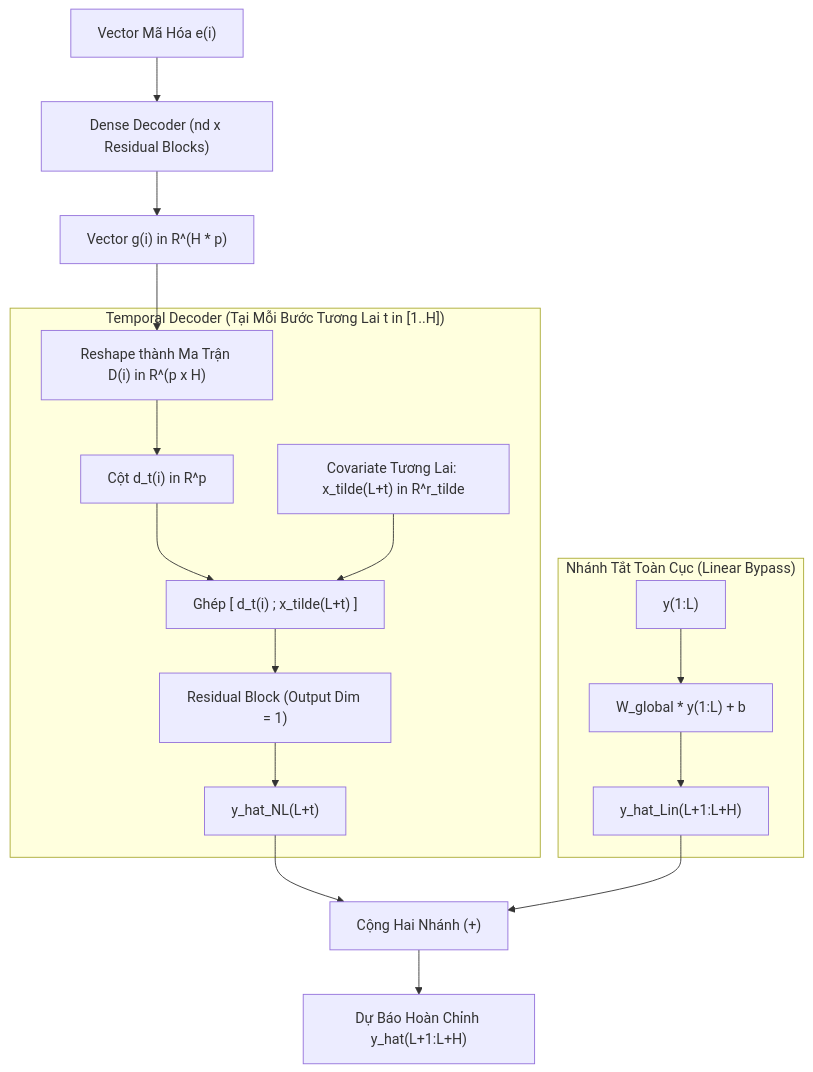
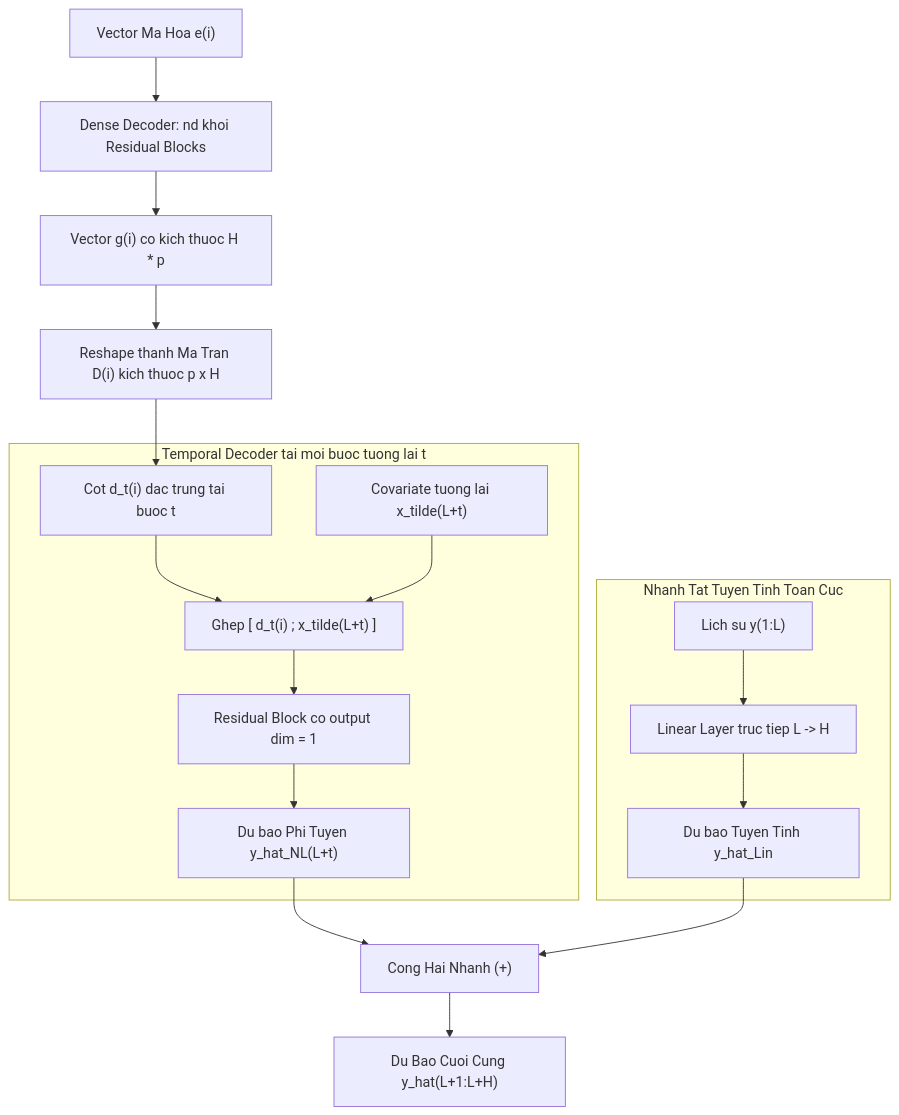
The third of 3 diagrams in doc/04_model_architecture.md (snowflake-vibing/Project-Experimental-TiDE), drawn with Mermaid before and after one commit. The commit also changed other lines of this file and 4 other files, not shown here.

Commit message:
fix(docs): format equations and Mermaid in ch3 & ch4, add Feynman glossary for dynamic covariates

````diff
--- a/doc/04_model_architecture.md
+++ b/doc/04_model_architecture.md
@@ -94,22 +111,41 @@
 ```mermaid
 flowchart TD
-    Latent["Vector Mã Hóa e(i)"] --> DecBlocks["Dense Decoder (nd x Residual Blocks)"]
-    DecBlocks --> FlatG["Vector g(i) in R^(H * p)"]
-    FlatG --> ReshapeOp["Reshape thành Ma Trận D(i) in R^(p x H)"]
+    Latent["Vector Ma Hoa e(i)"]
+    DecBlocks["Dense Decoder: nd khoi Residual Blocks"]
+    FlatG["Vector g(i) co kich thuoc H * p"]
+    ReshapeOp["Reshape thanh Ma Tran D(i) kich thuoc p x H"]
     
-    subgraph TempDecDetail["Temporal Decoder (Tại Mỗi Bước Tương Lai t in [1..H])"]
-        ReshapeOp --> Col_t["Cột d_t(i) in R^p"]
-        FutCov["Covariate Tương Lai: x_tilde(L+t) in R^r_tilde"]
-        Col_t & FutCov --> Concat_t["Ghép [ d_t(i) ; x_tilde(L+t) ]"]
-        Concat_t --> TempRB["Residual Block (Output Dim = 1)"]
-        TempRB --> Y_hat_NL["y_hat_NL(L+t)"]
+    Latent --> DecBlocks
+    DecBlocks --> FlatG
+    FlatG --> ReshapeOp
+
+    subgraph TemporalHighway [Temporal Decoder tai moi buoc tuong lai t]
+        Col_t["Cot d_t(i) dac trung tai buoc t"]
+        FutCov["Covariate tuong lai x_tilde(L+t)"]
+        Concat_t["Ghep [ d_t(i) ; x_tilde(L+t) ]"]
+        TempRB["Residual Block co output dim = 1"]
+        Y_hat_NL["Du bao Phi Tuyen y_hat_NL(L+t)"]
+
+        Col_t --> Concat_t
+        FutCov --> Concat_t
+        Concat_t --> TempRB
+        TempRB --> Y_hat_NL
     end
 
-    subgraph GlobalResidual["Nhánh Tắt Toàn Cục (Linear Bypass)"]
-        Y_hist["y(1:L)"] --> LinearDirect["W_global * y(1:L) + b"]
-        LinearDirect --> Y_hat_Lin["y_hat_Lin(L+1:L+H)"]
+    ReshapeOp --> Col_t
+
+    subgraph GlobalBypass [Nhanh Tat Tuyen Tinh Toan Cuc]
+        Y_hist["Lich su y(1:L)"]
+        LinearDirect["Linear Layer truc tiep L -> H"]
+        Y_hat_Lin["Du bao Tuyen Tinh y_hat_Lin"]
+        Y_hist --> LinearDirect
+        LinearDirect --> Y_hat_Lin
     end
 
-    Y_hat_NL & Y_hat_Lin --> FinalSum["Cộng Hai Nhánh (+)"]
-    FinalSum --> FinalPred["Dự Báo Hoàn Chỉnh y_hat(L+1:L+H)"]
+    FinalSum["Cong Hai Nhanh (+)"]
+    FinalPred["Du Bao Cuoi Cung y_hat(L+1:L+H)"]
+
+    Y_hat_NL --> FinalSum
+    Y_hat_Lin --> FinalSum
+    FinalSum --> FinalPred
 ```
````
